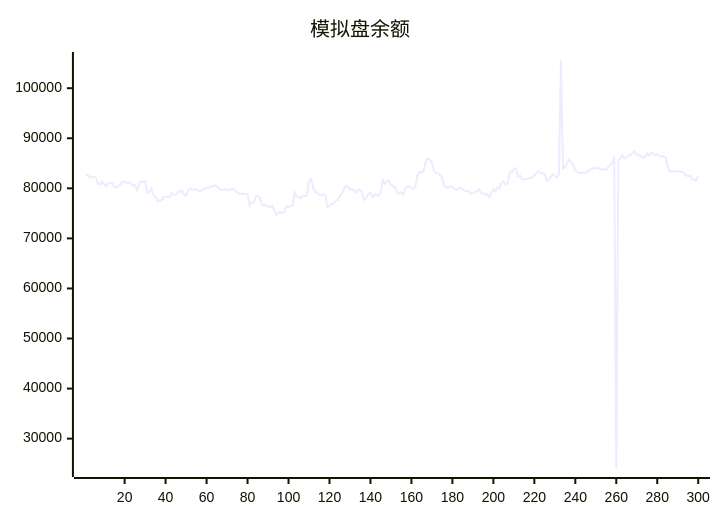
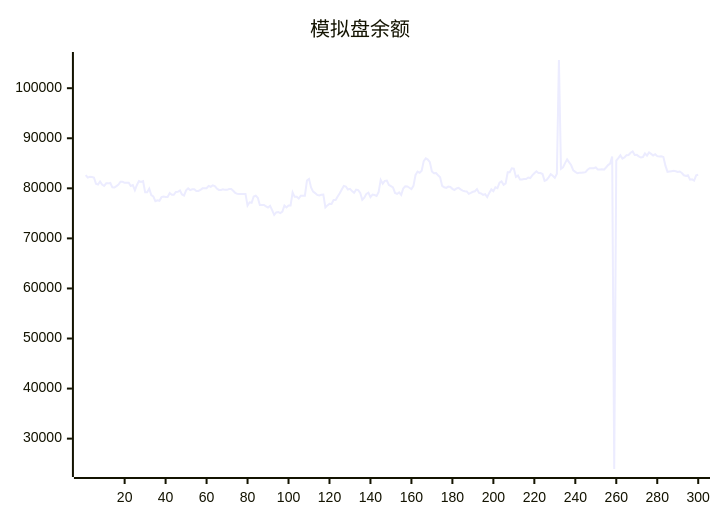
The diagram in README.md (aahl/ai-trading), drawn with Mermaid before and after one commit. The commit also changed other lines of this file and 1 other file, not shown here.

````diff
--- a/README.md
+++ b/README.md
@@ -5,5 +5,5 @@
 ```mermaid
 xychart
     title "模拟盘余额"
-    line [82655,82655,82145,82315,82243,82163,80934,80770,81371,80742,80468,80989,80989,81067,80191,80155,80450,80737,81309,81309,81106,81119,81119,80471,80631,79624,80670,81448,81290,81429,79212,79222,79940,78643,78380,77432,77623,77504,78235,78358,78284,78277,79048,78714,78714,79290,79308,79567,78763,78563,79603,79988,79652,79813,79813,79476,79469,79673,79995,80015,80015,80486,80314,80600,80436,79966,79689,79689,79819,79692,79692,79850,79850,79518,79071,78889,78850,78850,78878,78878,76554,77202,77103,78357,78510,78106,76678,76677,76672,76411,76159,76485,75656,74695,75197,75246,75052,75334,76564,76179,76553,76551,79196,78300,78300,77944,78531,78531,78521,81564,81884,80160,79335,79055,78675,78580,78708,78764,76179,76586,76902,76876,77658,77669,78346,79023,79769,80497,80366,79761,79896,79448,79126,79749,79658,79097,77695,78114,78888,79126,78249,78738,78653,78478,79271,81680,80923,81488,81527,80681,80455,80190,79084,78879,79193,78686,79954,80403,80374,80118,79848,80491,82665,83351,83098,83525,85430,85983,85737,85221,83378,83014,83043,82613,82216,80477,80208,80081,80348,80277,79894,79670,79965,80093,79786,79542,79406,79371,78893,79087,79304,79406,79841,79072,78978,78696,78846,78272,79085,79787,79442,80198,80031,81120,81379,80718,80985,83214,83212,83993,83921,82270,82547,81776,81776,81866,81866,82158,82061,82596,83000,83408,83041,83050,82858,81503,81691,82188,82812,82517,82092,82901,105633,83898,84180,85030,85781,85178,84604,83569,83298,83008,83093,83107,83175,83228,83729,84025,84017,84019,84177,83775,83762,83785,83738,84160,84639,84939,86370,23934,85548,86046,86599,85942,86161,86622,86664,87115,87369,86666,86685,86384,86152,86243,86969,86548,87164,86885,86566,86809,86427,86348,86417,86273,84538,83299,83369,83430,83490,83404,83270,83362,83056,82605,82459,82614,81734,81788,81551,82598]
+    line [82655,82145,82315,82243,82163,80934,80770,81371,80742,80468,80989,80989,81067,80191,80155,80450,80737,81309,81309,81106,81119,81119,80471,80631,79624,80670,81448,81290,81429,79212,79222,79940,78643,78380,77432,77623,77504,78235,78358,78284,78277,79048,78714,78714,79290,79308,79567,78763,78563,79603,79988,79652,79813,79813,79476,79469,79673,79995,80015,80015,80486,80314,80600,80436,79966,79689,79689,79819,79692,79692,79850,79850,79518,79071,78889,78850,78850,78878,78878,76554,77202,77103,78357,78510,78106,76678,76677,76672,76411,76159,76485,75656,74695,75197,75246,75052,75334,76564,76179,76553,76551,79196,78300,78300,77944,78531,78531,78521,81564,81884,80160,79335,79055,78675,78580,78708,78764,76179,76586,76902,76876,77658,77669,78346,79023,79769,80497,80366,79761,79896,79448,79126,79749,79658,79097,77695,78114,78888,79126,78249,78738,78653,78478,79271,81680,80923,81488,81527,80681,80455,80190,79084,78879,79193,78686,79954,80403,80374,80118,79848,80491,82665,83351,83098,83525,85430,85983,85737,85221,83378,83014,83043,82613,82216,80477,80208,80081,80348,80277,79894,79670,79965,80093,79786,79542,79406,79371,78893,79087,79304,79406,79841,79072,78978,78696,78846,78272,79085,79787,79442,80198,80031,81120,81379,80718,80985,83214,83212,83993,83921,82270,82547,81776,81776,81866,81866,82158,82061,82596,83000,83408,83041,83050,82858,81503,81691,82188,82812,82517,82092,82901,105633,83898,84180,85030,85781,85178,84604,83569,83298,83008,83093,83107,83175,83228,83729,84025,84017,84019,84177,83775,83762,83785,83738,84160,84639,84939,86370,23934,85548,86046,86599,85942,86161,86622,86664,87115,87369,86666,86685,86384,86152,86243,86969,86548,87164,86885,86566,86809,86427,86348,86417,86273,84538,83299,83369,83430,83490,83404,83270,83362,83056,82605,82459,82614,81734,81788,81551,82598,82702]
 ```
````
